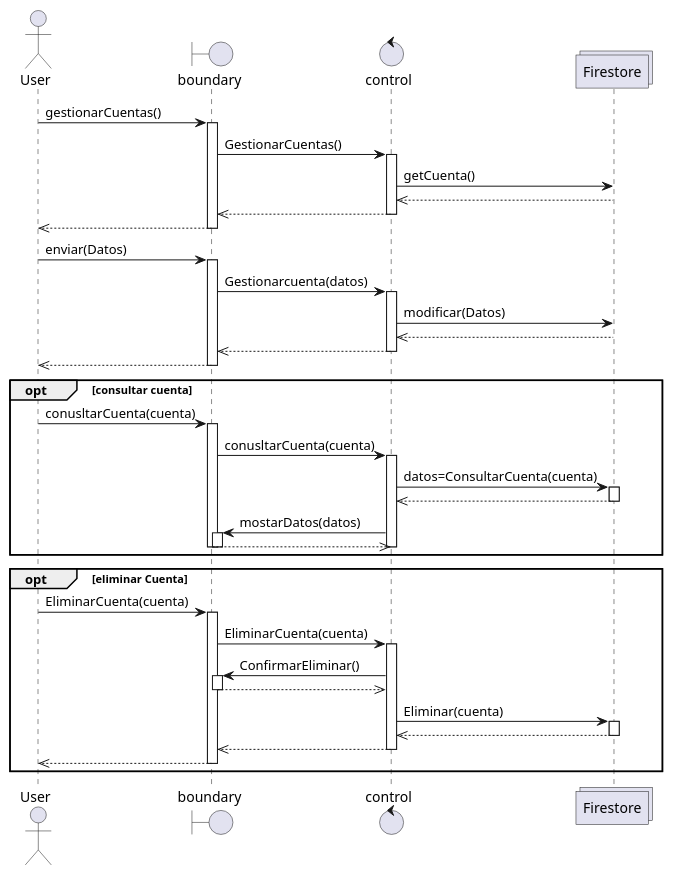
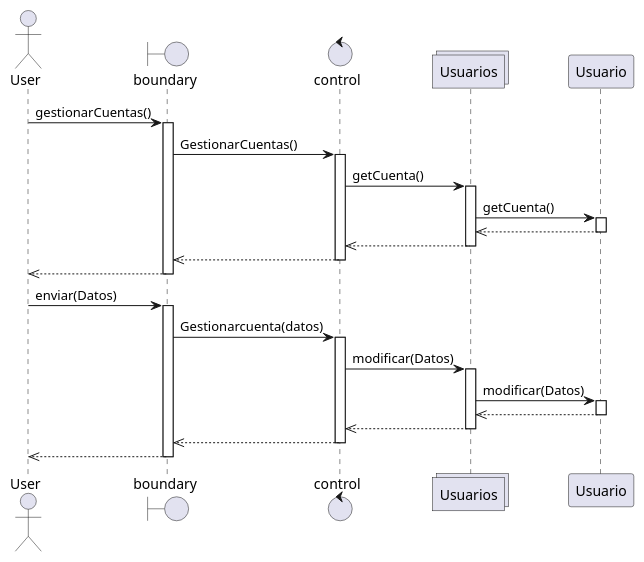
The diagram in AdministrarPerfil.wsd (Cramer-0xbit/route66-plantuml), drawn with PlantUML before and after one commit. The commit also changed 6 other files, not shown here.

```diff
--- a/AdministrarPerfil.wsd
+++ b/AdministrarPerfil.wsd
@@ -1,68 +1,41 @@
 @startuml Administrar perfil
 actor "User" as Administrador
 boundary boundary
 control control
-collections Firestore as Usuarios 
+collections Usuarios as Usuarios 
+participant "Usuario" as user
 Administrador->boundary: gestionarCuentas()
 activate boundary
 boundary->control:GestionarCuentas()
 activate control
 control->Usuarios:getCuenta()
+activate Usuarios
+Usuarios->user:getCuenta()
+activate user
+Usuarios<<--user
+deactivate user
 control<<--Usuarios
 deactivate Usuarios
 boundary<<--control
 deactivate control
 Administrador<<--boundary
 deactivate boundary
 
 Administrador->boundary: enviar(Datos)
 activate boundary
 boundary->control:Gestionarcuenta(datos)
+
 activate control
 control->Usuarios:modificar(Datos)
+activate Usuarios
+Usuarios->user:modificar(Datos)
+activate user
+Usuarios<<--user
+deactivate user
 control<<--Usuarios
 deactivate Usuarios
 boundary<<--control
 deactivate control
 Administrador<<--boundary
 deactivate boundary
-
-opt consultar cuenta
-    Administrador->boundary: conusltarCuenta(cuenta)
-    activate boundary
-    boundary->control:conusltarCuenta(cuenta)
-    activate control
-    control->Usuarios:datos=ConsultarCuenta(cuenta)
-    activate Usuarios
-    control<<--Usuarios
-    deactivate Usuarios
-    boundary <- control:mostarDatos(datos)
-    activate boundary
-    boundary-->>control
-    deactivate boundary
-    deactivate control
-    deactivate boundary
-end
-
-
-opt eliminar Cuenta
-    Administrador->boundary: EliminarCuenta(cuenta)
-    activate boundary
-    boundary->control:EliminarCuenta(cuenta)
-    activate control
-    boundary<-control:ConfirmarEliminar()
-    activate boundary
-    boundary-->>control
-    deactivate boundary
-    control->Usuarios:Eliminar(cuenta)
-    activate Usuarios
-    control<<--Usuarios
-    deactivate Usuarios
-    boundary <<-- control
-    deactivate control
-    Administrador<<--boundary
-    deactivate boundary
-end
-
-
 @enduml
```
